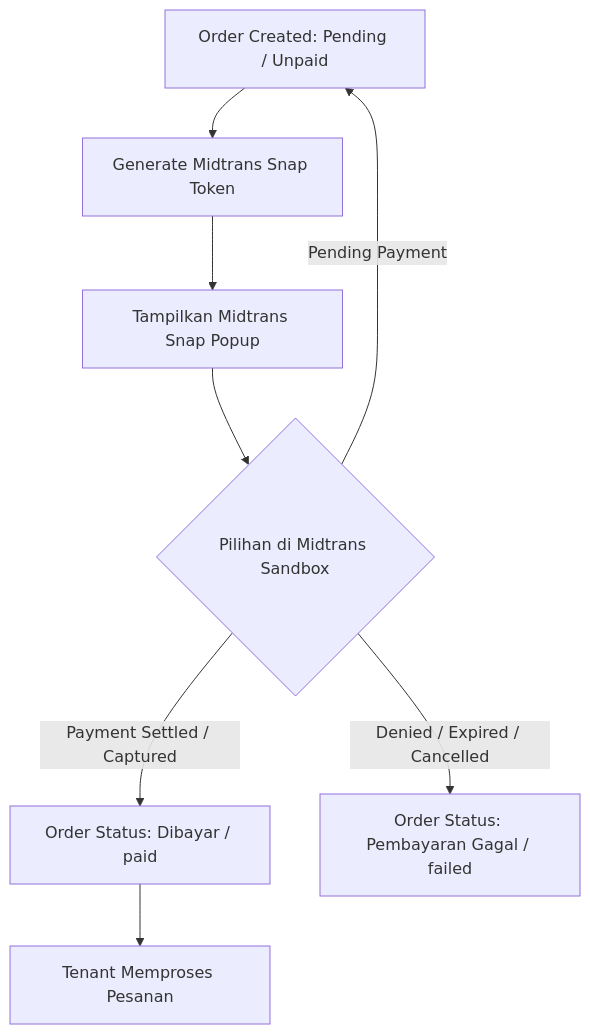
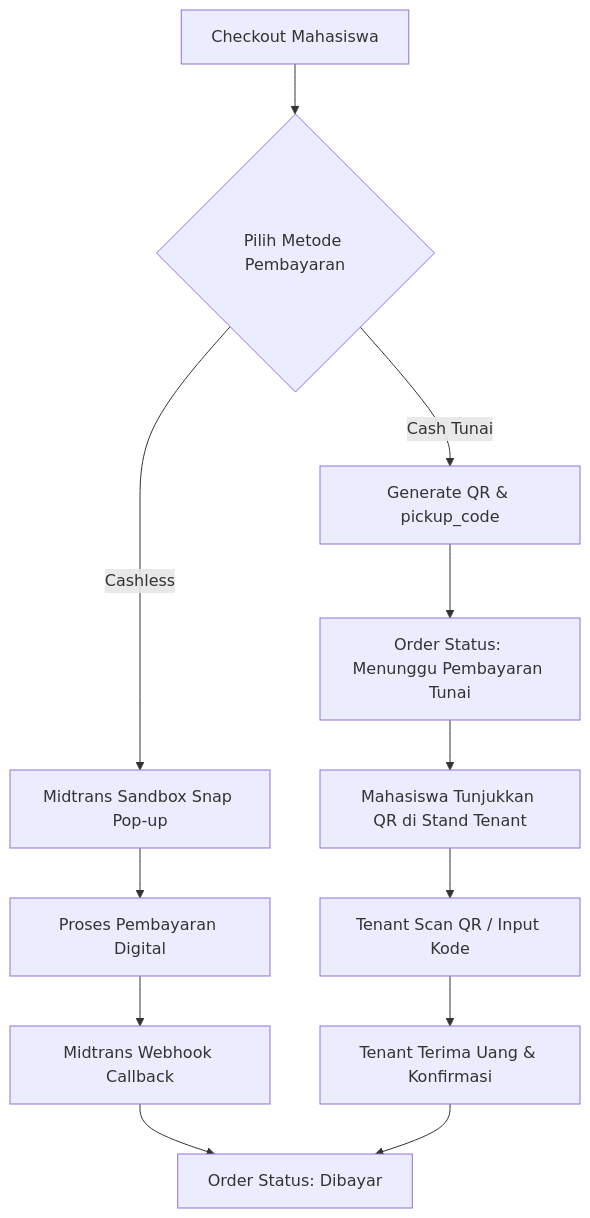
The diagram in docs/09-payment-flow.md (Hnzsama/smart_canteen), drawn with Mermaid before and after one commit. The commit also changed other lines of this file and 190 other files, not shown here.

Commit message:
feat: complete project architecture, dual payment engine (cashless & cash QR scan), soft deletes, and full laravel codebase

````diff
--- a/docs/09-payment-flow.md
+++ b/docs/09-payment-flow.md
@@ -36,10 +9,16 @@
 ```mermaid
 flowchart TD
-    A[Order Created: Pending / Unpaid] --> B[Generate Midtrans Snap Token]
-    B --> C[Tampilkan Midtrans Snap Popup]
-    C --> D{Pilihan di Midtrans Sandbox}
-    D -- Payment Settled / Captured --> E[Order Status: Dibayar / paid]
-    D -- Denied / Expired / Cancelled --> F[Order Status: Pembayaran Gagal / failed]
-    D -- Pending Payment --> A
-    E --> G[Tenant Memproses Pesanan]
+    A[Checkout Mahasiswa] --> B{Pilih Metode Pembayaran}
+
+    B -- Cashless --> C[Midtrans Sandbox Snap Pop-up]
+    C --> D[Proses Pembayaran Digital]
+    D --> E[Midtrans Webhook Callback]
+    E --> F[Order Status: Dibayar]
+
+    B -- Cash Tunai --> G[Generate QR & pickup_code]
+    G --> H[Order Status: Menunggu Pembayaran Tunai]
+    H --> I[Mahasiswa Tunjukkan QR di Stand Tenant]
+    I --> J[Tenant Scan QR / Input Kode]
+    J --> K[Tenant Terima Uang & Konfirmasi]
+    K --> F
 ```
````
